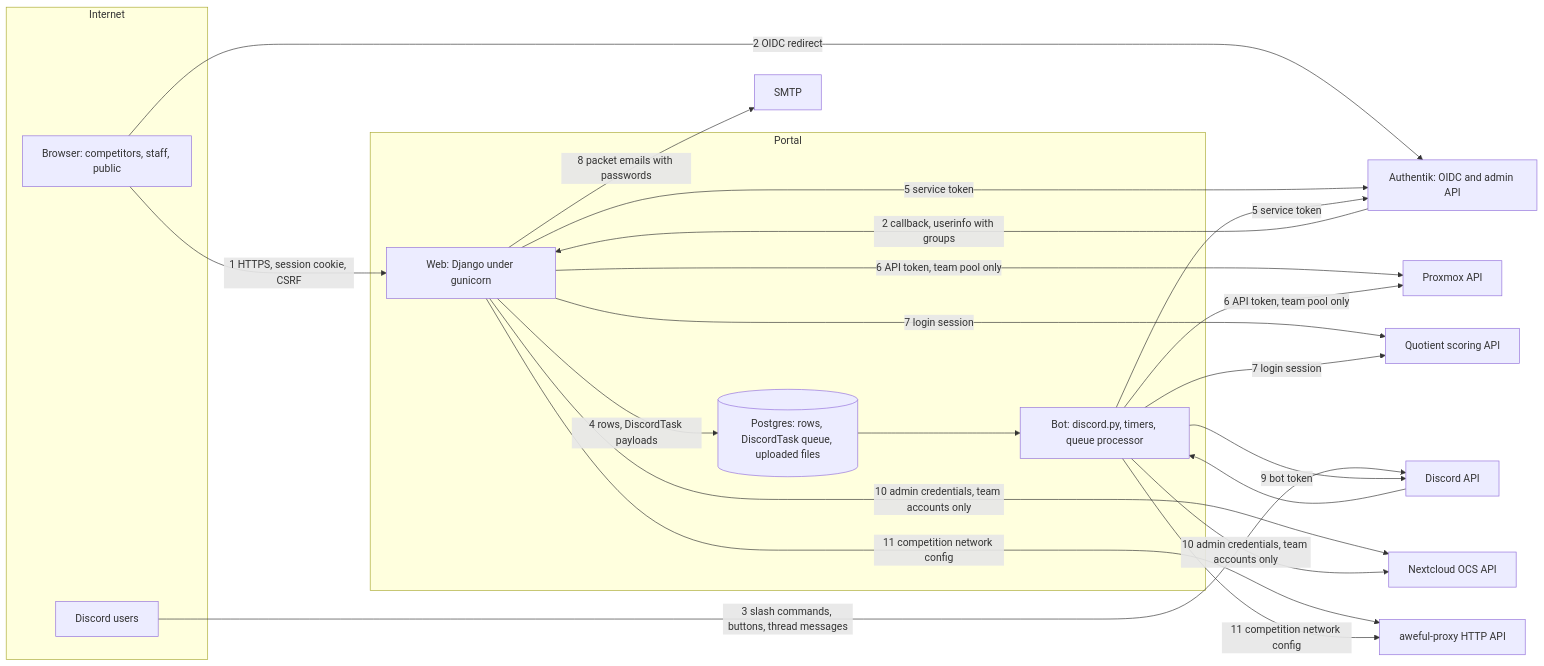
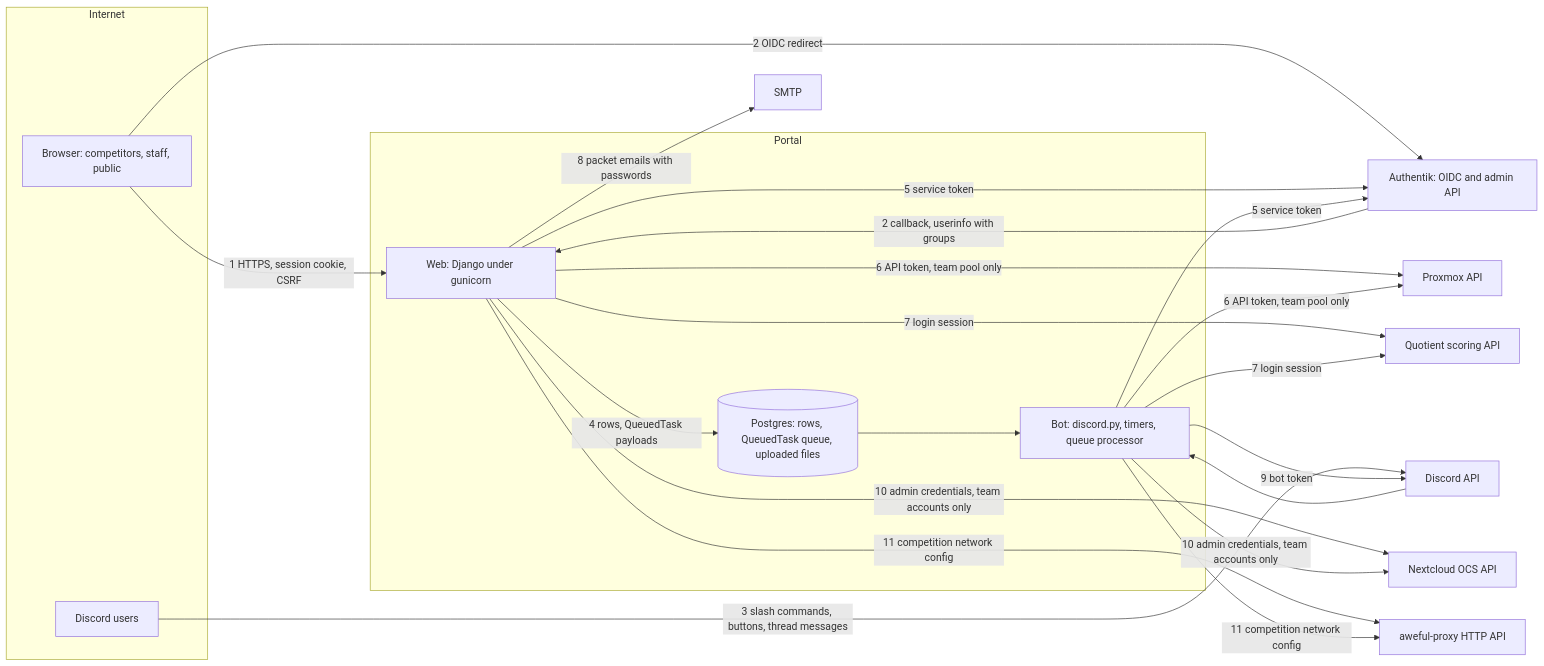
One commit to wccomps/wccomps-portal changed the diagram in THREAT_MODEL.md. Above: the diagram before and after it, drawn with Mermaid. The commit also changed other lines of this file and 101 other files, not shown here.

First line of the commit message:
Turn the Discord task queue into a task queue with a backend per row (#315)

````diff
--- a/THREAT_MODEL.md
+++ b/THREAT_MODEL.md
@@ -47,32 +48,32 @@
 ```mermaid
 flowchart LR
     subgraph Internet
         B[Browser: competitors, staff, public]
         D[Discord users]
     end
     subgraph Portal
         W[Web: Django under gunicorn]
-        Q[(Postgres: rows, DiscordTask queue, uploaded files)]
+        Q[(Postgres: rows, QueuedTask queue, uploaded files)]
         T[Bot: discord.py, timers, queue processor]
     end
     A[Authentik: OIDC and admin API]
     P[Proxmox API]
     S[Quotient scoring API]
     N[Nextcloud OCS API]
     X[aweful-proxy HTTP API]
     M[SMTP]
     G[Discord API]
     B -- "1 HTTPS, session cookie, CSRF" --> W
     B -- "2 OIDC redirect" --> A
     A -- "2 callback, userinfo with groups" --> W
     D -- "3 slash commands, buttons, thread messages" --> G --> T
-    W -- "4 rows, DiscordTask payloads" --> Q
+    W -- "4 rows, QueuedTask payloads" --> Q
     Q --> T
     W & T -- "5 service token" --> A
     W & T -- "6 API token, team pool only" --> P
     W & T -- "7 login session" --> S
     W -- "8 packet emails with passwords" --> M
     T -- "9 bot token" --> G
     W & T -- "10 admin credentials, team accounts only" --> N
     W & T -- "11 competition network config" --> X
 ```
````
